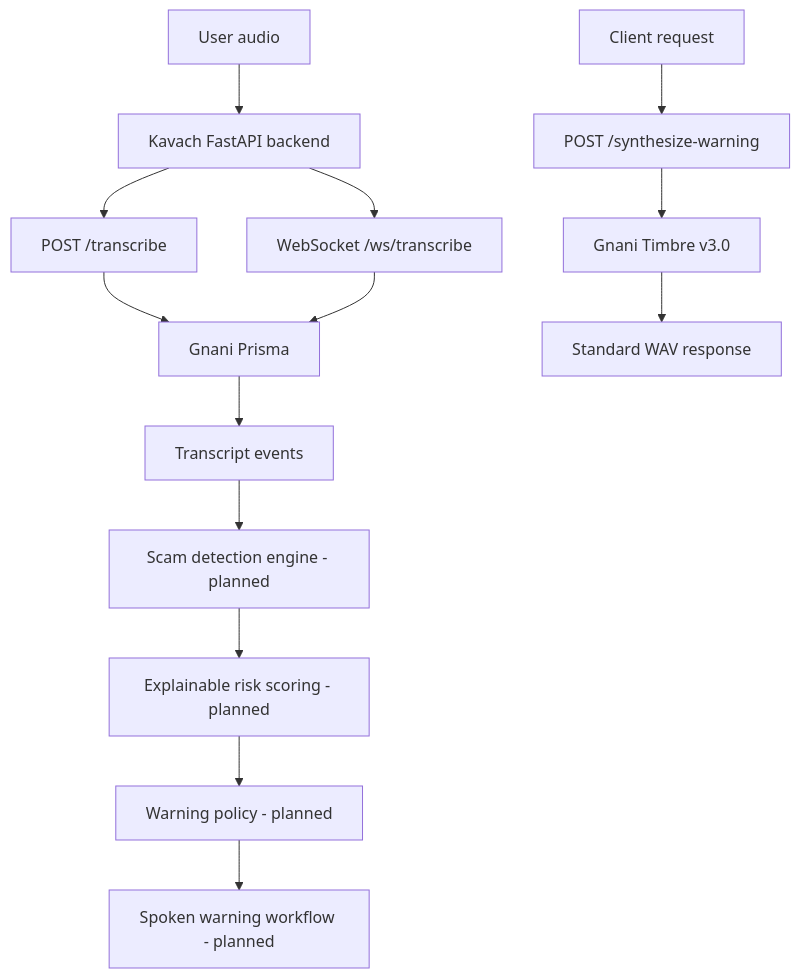
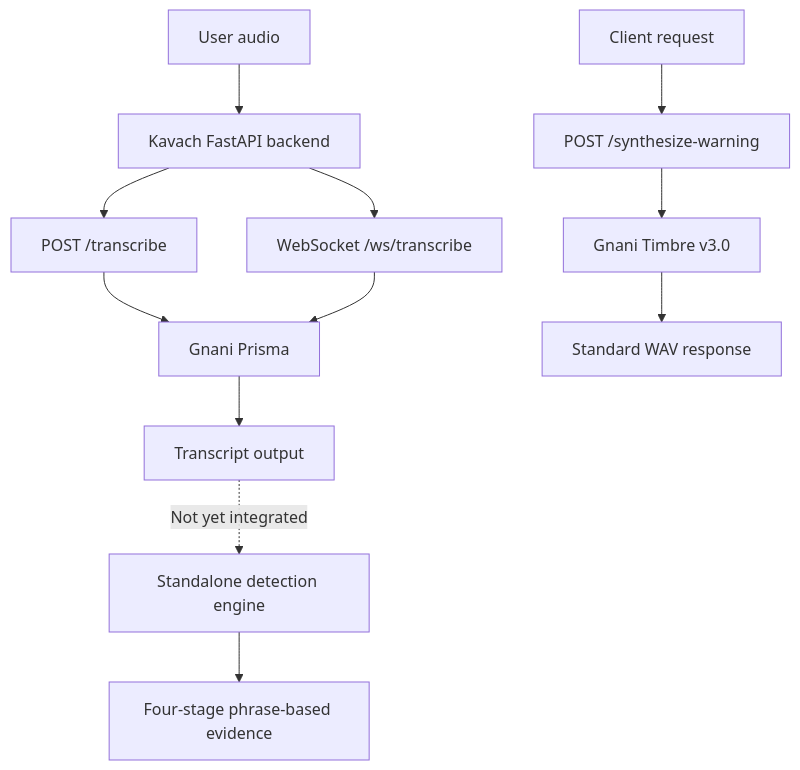
The diagram in ARCHITECTURE.md (SURAJ-PRATAP07/Kavach_), drawn with Mermaid before and after one commit. The commit also changed other lines of this file and 7 other files, not shown here.

Commit message:
feat: add initial rule-based scam detection

````diff
--- a/ARCHITECTURE.md
+++ b/ARCHITECTURE.md
@@ -34,20 +34,19 @@
 ```mermaid
 flowchart TD
     A[User audio] --> B[Kavach FastAPI backend]
 
     B --> C[POST /transcribe]
     B --> D[WebSocket /ws/transcribe]
 
     C --> E[Gnani Prisma]
     D --> E
-    E --> F[Transcript events]
+    E --> F[Transcript output]
 
-    F --> G[Scam detection engine - planned]
-    G --> H[Explainable risk scoring - planned]
-    H --> I[Warning policy - planned]
-    I --> J[Spoken warning workflow - planned]
+    F -. Not yet integrated .-> G[Standalone detection engine]
 
-    K[Client request] --> L[POST /synthesize-warning]
-    L --> M[Gnani Timbre v3.0]
-    M --> N[Standard WAV response]
+    G --> H[Four-stage phrase-based evidence]
+
+    I[Client request] --> J[POST /synthesize-warning]
+    J --> K[Gnani Timbre v3.0]
+    K --> L[Standard WAV response]
 ```
````
